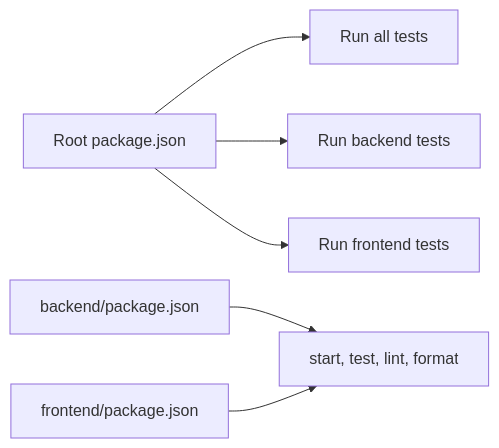
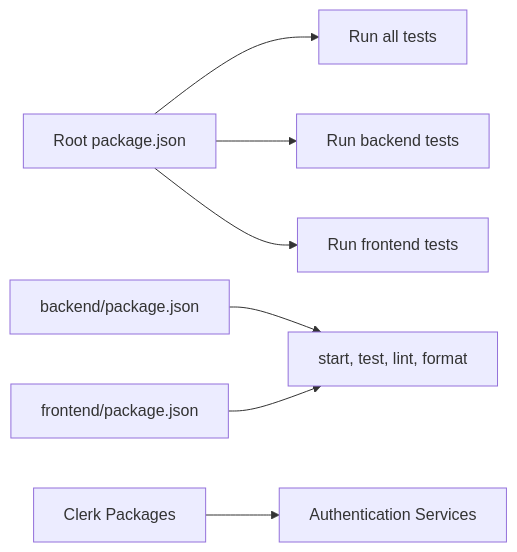
The sixth of 6 diagrams in .qoder/repowiki/en/content/Getting Started.md (ZandileMkontwana/olympiad-portal), drawn with Mermaid before and after one commit. The commit also changed other lines of this file and 16 other files, not shown here.

Commit message:
fix: test(backend): update tests for Clerk auth and Supabase storage

````diff
--- a/.qoder/repowiki/en/content/Getting Started.md
+++ b/.qoder/repowiki/en/content/Getting Started.md
@@ -203,8 +268,9 @@
 ```mermaid
 graph LR
 Root["Root package.json"] --> TestAll["Run all tests"]
 Root --> TestBackend["Run backend tests"]
 Root --> TestFrontend["Run frontend tests"]
 Backend["backend/package.json"] --> Scripts["start, test, lint, format"]
 Frontend["frontend/package.json"] --> Scripts
+Clerk["Clerk Packages"] --> Auth["Authentication Services"]
 ```
````
